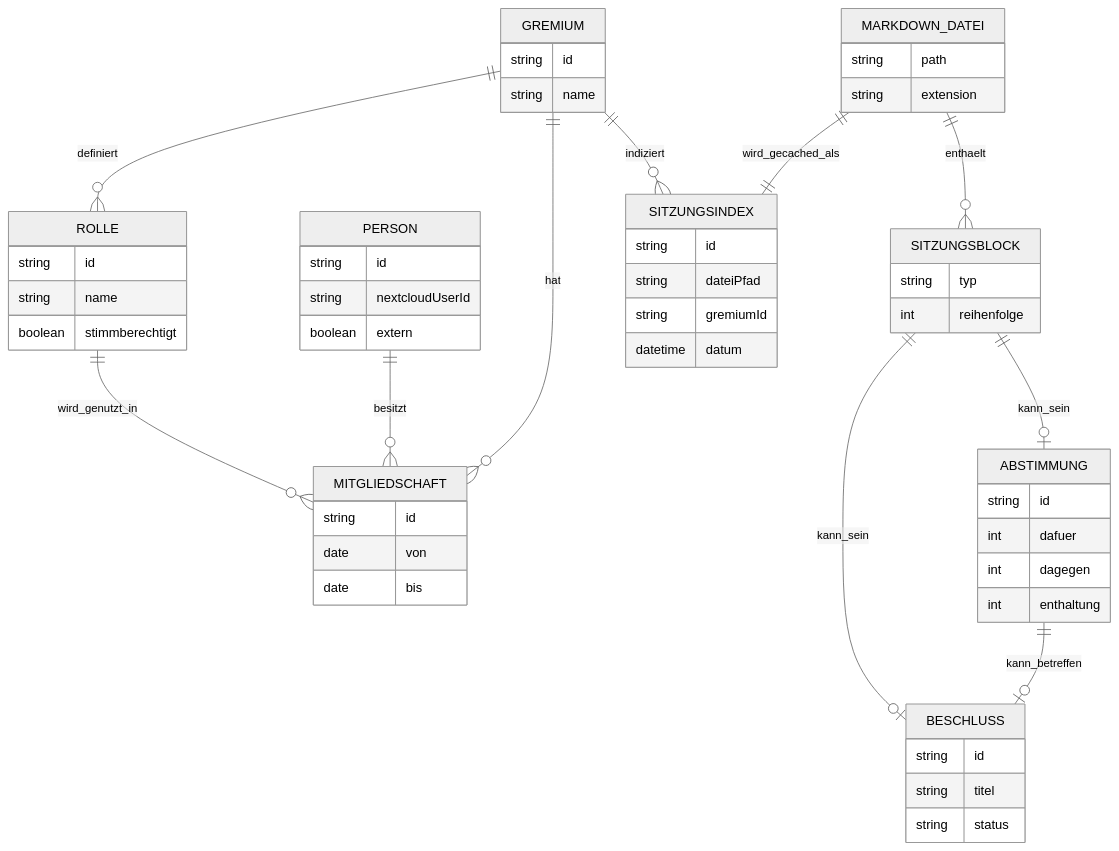
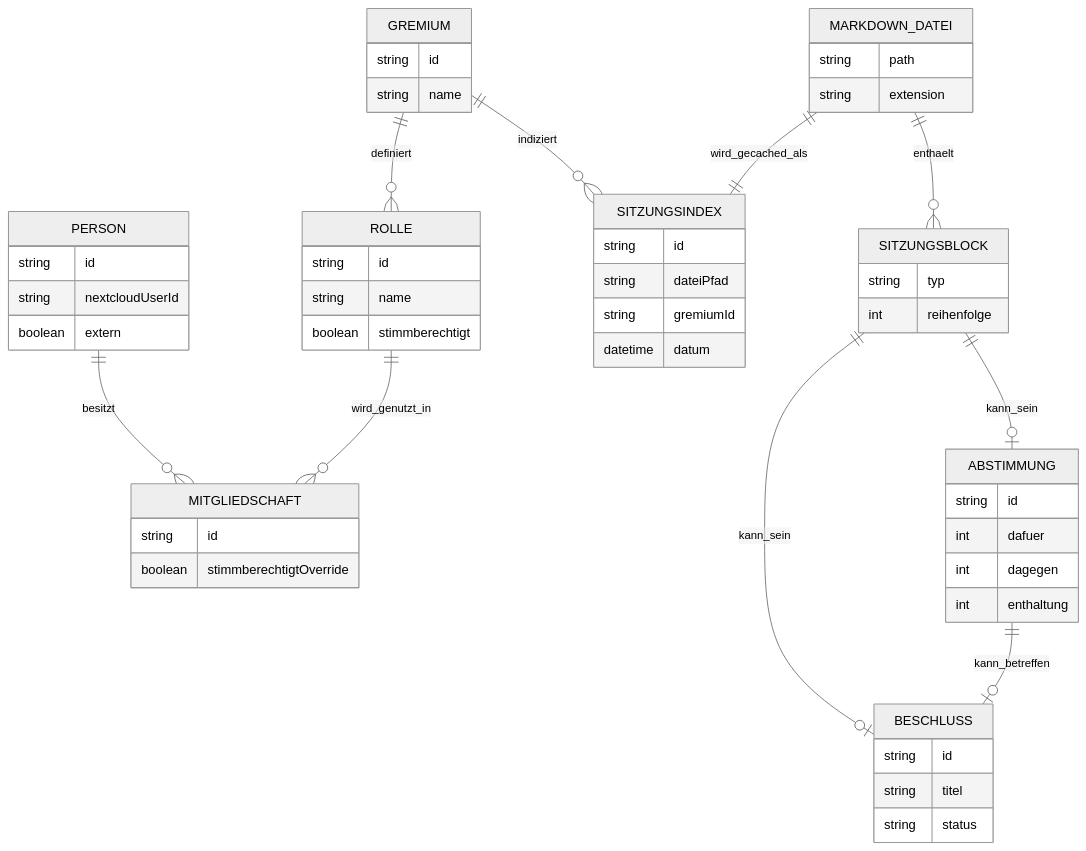
Before and after one commit to dergabriel/nextcloud-protokolle: the second of 5 diagrams in ARCHITECTURE.md, drawn with Mermaid (neutral theme). The commit also changed other lines of this file and 29 other files, not shown here.

Commit message:
feat(app): stammdaten-schema und backend-services hinzufuegen

````diff
--- a/ARCHITECTURE.md
+++ b/ARCHITECTURE.md
@@ -127,66 +127,64 @@
 ```mermaid
 erDiagram
     GREMIUM ||--o{ ROLLE : definiert
-    GREMIUM ||--o{ MITGLIEDSCHAFT : hat
     PERSON ||--o{ MITGLIEDSCHAFT : besitzt
     ROLLE ||--o{ MITGLIEDSCHAFT : wird_genutzt_in
     GREMIUM ||--o{ SITZUNGSINDEX : indiziert
     MARKDOWN_DATEI ||--|| SITZUNGSINDEX : wird_gecached_als
     MARKDOWN_DATEI ||--o{ SITZUNGSBLOCK : enthaelt
     SITZUNGSBLOCK ||--o| BESCHLUSS : kann_sein
     SITZUNGSBLOCK ||--o| ABSTIMMUNG : kann_sein
     ABSTIMMUNG ||--o| BESCHLUSS : kann_betreffen
 
     GREMIUM {
         string id
         string name
     }
 
     PERSON {
         string id
         string nextcloudUserId
         boolean extern
     }
 
     ROLLE {
         string id
         string name
         boolean stimmberechtigt
     }
 
     MITGLIEDSCHAFT {
         string id
-        date von
-        date bis
+        boolean stimmberechtigtOverride
     }
 
     MARKDOWN_DATEI {
         string path
         string extension
     }
 
     SITZUNGSINDEX {
         string id
         string dateiPfad
         string gremiumId
         datetime datum
     }
 
     SITZUNGSBLOCK {
         string typ
         int reihenfolge
     }
 
     BESCHLUSS {
         string id
         string titel
         string status
     }
 
     ABSTIMMUNG {
         string id
         int dafuer
         int dagegen
         int enthaltung
     }
 ```
````
